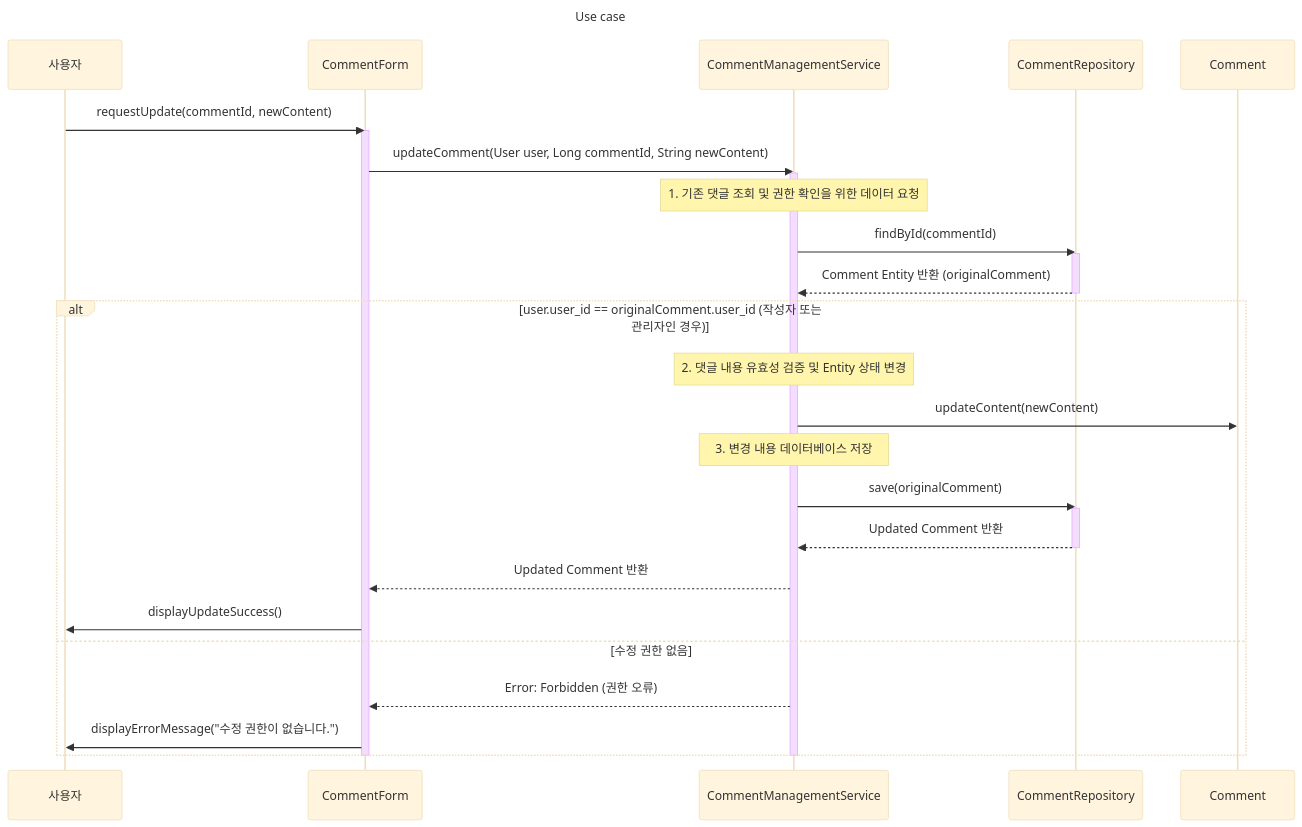
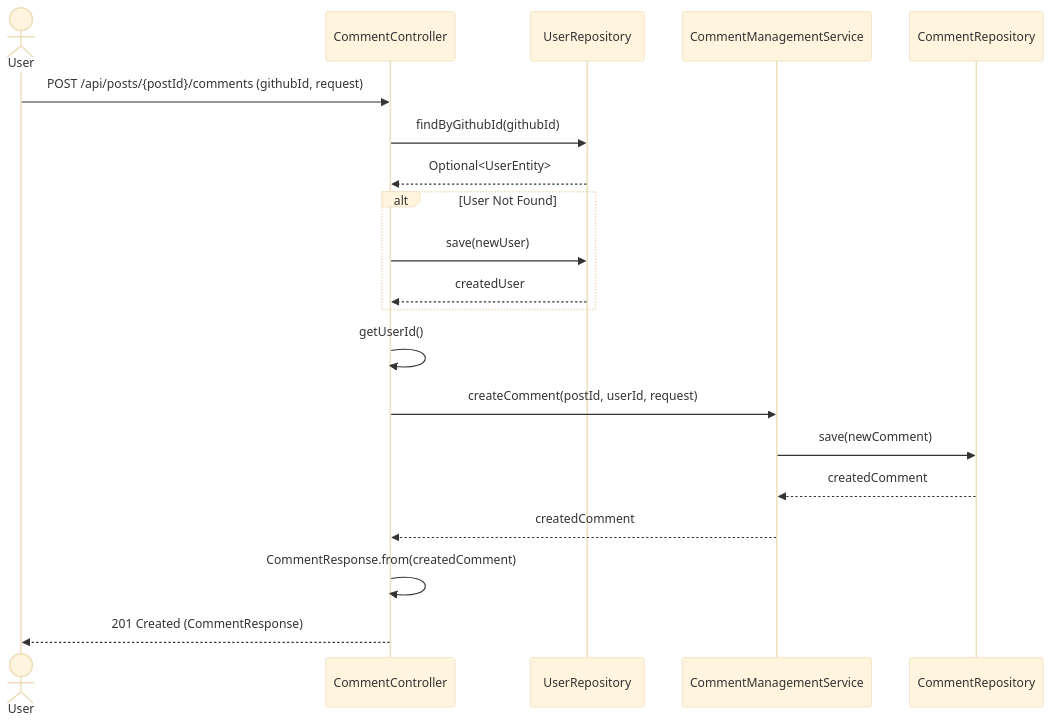
Before and after one commit to OHWCH/se_dev: diagram 37 of 47 in SDS_[깃라잡이].md, drawn with Mermaid (base theme). The commit also changed other lines of this file, not shown here.

````diff
--- a/SDS_[깃라잡이].md
+++ b/SDS_[깃라잡이].md
@@ -6078,44 +5770,27 @@
 ```mermaid
 sequenceDiagram
-    participant User as 사용자
-    participant Boundary as CommentForm
-    participant Control as CommentManagementService
-    participant Repository_C as CommentRepository
-    participant Entity_C as Comment
-    
-    Title: Use case #33: 댓글 수정
-    
-    User->>Boundary: requestUpdate(commentId, newContent)
-    activate Boundary
-    
-    Boundary->>Control: updateComment(User user, Long commentId, String newContent)
-    activate Control
-    
-    Note over Control: 1. 기존 댓글 조회 및 권한 확인을 위한 데이터 요청
-    
-    Control->>Repository_C: findById(commentId)
-    activate Repository_C
-    Repository_C-->>Control: Comment Entity 반환 (originalComment)
-    deactivate Repository_C
-    
-    alt user.user_id == originalComment.user_id (작성자 또는 관리자인 경우)
-        
-        Note over Control: 2. 댓글 내용 유효성 검증 및 Entity 상태 변경
-        Control->>Entity_C: updateContent(newContent)
-        
-        Note over Control: 3. 변경 내용 데이터베이스 저장
-        Control->>Repository_C: save(originalComment)
-        activate Repository_C
-        Repository_C-->>Control: Updated Comment 반환
-        deactivate Repository_C
-        
-        Control-->>Boundary: Updated Comment 반환
-        Boundary->>User: displayUpdateSuccess()
-    else 수정 권한 없음
-        Control-->>Boundary: Error: Forbidden (권한 오류)
-        Boundary->>User: displayErrorMessage("수정 권한이 없습니다.")
+    actor User
+    User ->> CommentController: POST /api/posts/{postId}/comments (githubId, request)
+
+    %% 1. 사용자 조회/생성 (Controller 내부 로직)
+    CommentController ->> UserRepository: findByGithubId(githubId)
+    UserRepository -->> CommentController: Optional<UserEntity>
+
+    alt User Not Found
+        CommentController ->> UserRepository: save(newUser)
+        UserRepository -->> CommentController: createdUser
     end
-    
-    deactivate Control
-    deactivate Boundary
+    CommentController ->> CommentController: getUserId()
+
+    %% 2. Service 로직 위임
+    CommentController ->> CommentManagementService: createComment(postId, userId, request)
+
+    CommentManagementService ->> CommentRepository: save(newComment)
+    CommentRepository -->> CommentManagementService: createdComment
+
+    CommentManagementService -->> CommentController: createdComment
+
+    %% 3. 응답
+    CommentController ->> CommentController: CommentResponse.from(createdComment)
+    CommentController -->> User: 201 Created (CommentResponse)
 ```
````
